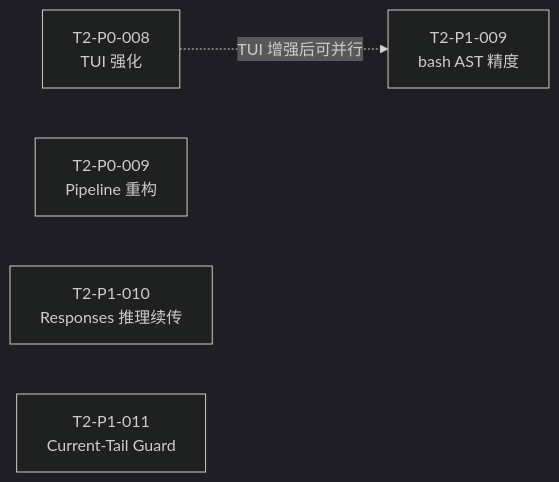
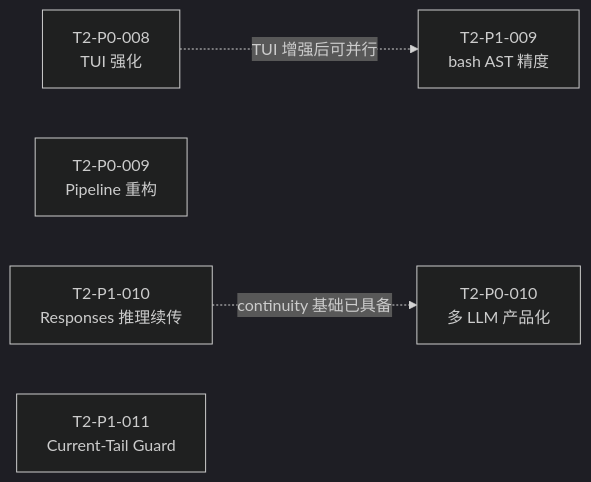
Before and after one commit to teisun/tomcat-agent: the diagram in tomcat/agents/TASK_BOARD_002/README.md, drawn with Mermaid (dark theme). The commit also changed other lines of this file and 36 other files, not shown here.

````diff
--- a/tomcat/agents/TASK_BOARD_002/README.md
+++ b/tomcat/agents/TASK_BOARD_002/README.md
@@ -48,12 +49,14 @@
 ```mermaid
 flowchart LR
     P008[T2-P0-008<br/>TUI 强化]
     P009[T2-P0-009<br/>Pipeline 重构]
+    P010[T2-P0-010<br/>多 LLM 产品化]
     P109[T2-P1-009<br/>bash AST 精度]
     P110[T2-P1-010<br/>Responses 推理续传]
     P111[T2-P1-011<br/>Current-Tail Guard]
     P008 -.->|TUI 增强后可并行| P109
+    P110 -.->|continuity 基础已具备| P010
     P009
     P110
     P111
 ```
````
